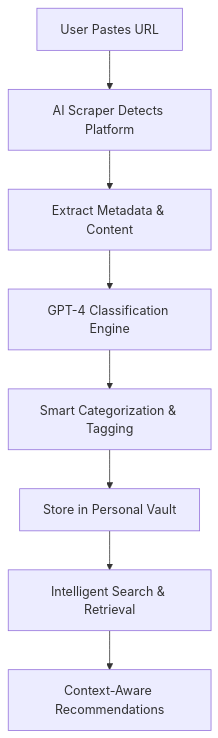
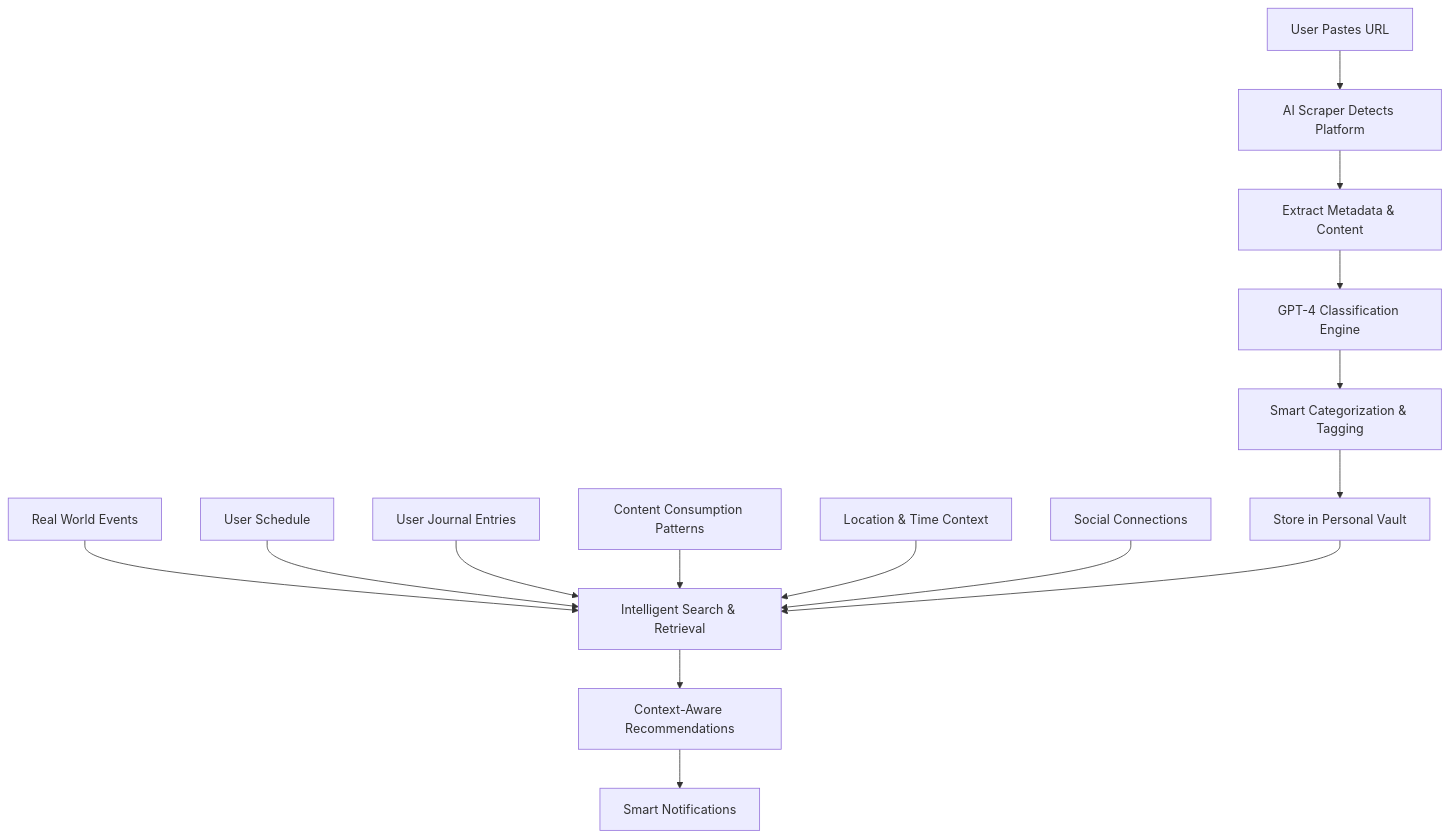
Before and after one commit to IzaanQaiser/thinkback-ai: the diagram in readme.md, drawn with Mermaid. The commit also changed other lines of this file, not shown here.

Commit message:
edit graph

````diff
--- a/readme.md
+++ b/readme.md
@@ -33,10 +33,19 @@
 ```mermaid
 graph TD
     A[User Pastes URL] --> B[AI Scraper Detects Platform]
     B --> C[Extract Metadata & Content]
     C --> D[GPT-4 Classification Engine]
     D --> E[Smart Categorization & Tagging]
     E --> F[Store in Personal Vault]
-    F --> G[Intelligent Search & Retrieval]
+    
+    I[Real World Events] --> G[Intelligent Search & Retrieval]
+    J[User Schedule] --> G
+    K[User Journal Entries] --> G
+    L[Content Consumption Patterns] --> G
+    M[Location & Time Context] --> G
+    N[Social Connections] --> G
+    F --> G
+    
     G --> H[Context-Aware Recommendations]
+    H --> O[Smart Notifications]
 ```
````
